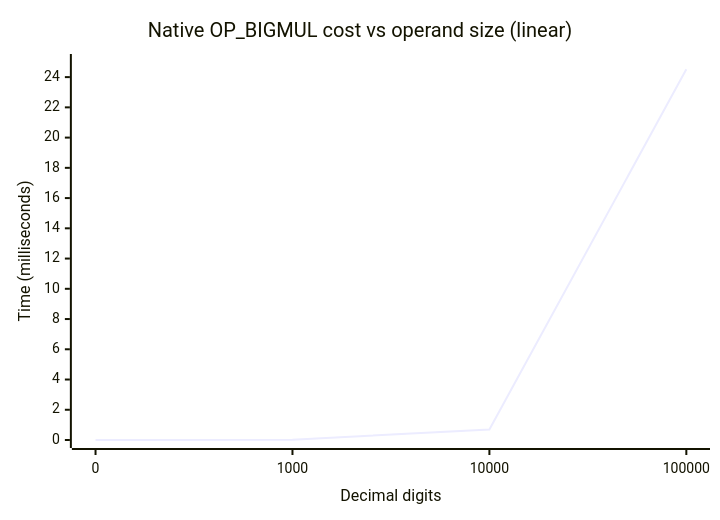
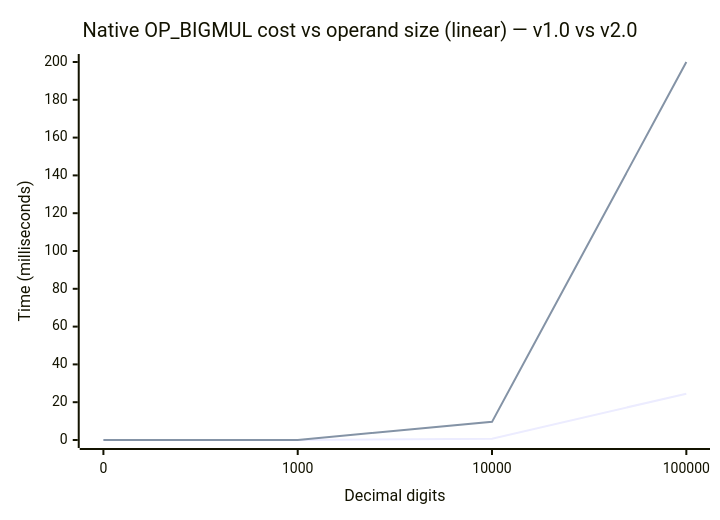
One commit to mearvk/SLeeLa changed the diagram in pi-generator/BIGMUL-DISTRIBUTION.md. Above: the diagram before and after it, drawn with Mermaid. The commit also changed other lines of this file, not shown here.

First line of the commit message:
pi-generator: add v2.0 bigmul distribution numbers alongside v1.0

````diff
--- a/pi-generator/BIGMUL-DISTRIBUTION.md
+++ b/pi-generator/BIGMUL-DISTRIBUTION.md
@@ -36,7 +81,8 @@
 ```mermaid
 xychart-beta
-    title "Native OP_BIGMUL cost vs operand size (linear)"
+    title "Native OP_BIGMUL cost vs operand size (linear) — v1.0 vs v2.0"
     x-axis "Decimal digits" [0, 1000, 10000, 100000]
-    y-axis "Time (milliseconds)" 0 --> 25
+    y-axis "Time (milliseconds)" 0 --> 200
     line [0, 0.021, 0.699, 24.517]
+    line [0, 0.029, 9.6, 200]
 ```
````
